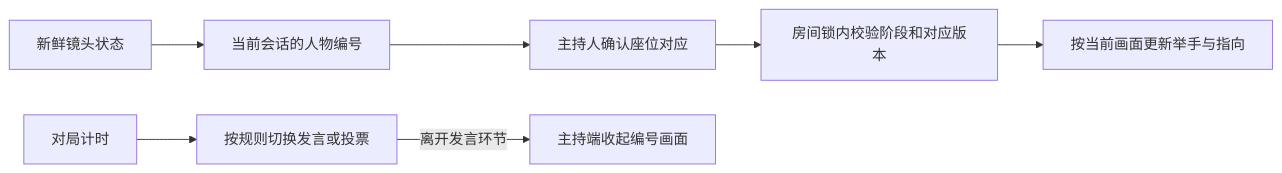
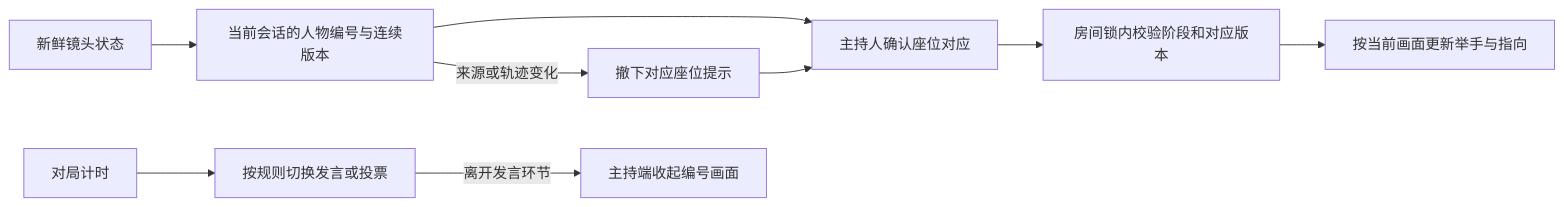
Before and after one commit to Geeprox/Friday: diagram 30 of 35 in docs/architecture.md, drawn with Mermaid. The commit also changed other lines of this file and 16 other files, not shown here.

````diff
--- a/docs/architecture.md
+++ b/docs/architecture.md
@@ -613,9 +615,11 @@
 ```mermaid
 flowchart LR
-  A[新鲜镜头状态] --> B[当前会话的人物编号]
+  A[新鲜镜头状态] --> B[当前会话的人物编号与连续版本]
   B --> C[主持人确认座位对应]
   C --> D[房间锁内校验阶段和对应版本]
   D --> E[按当前画面更新举手与指向]
+  B -->|来源或轨迹变化| I[撤下对应座位提示]
+  I --> C
   F[对局计时] --> G[按规则切换发言或投票]
   G -->|离开发言环节| H[主持端收起编号画面]
 ```
````
